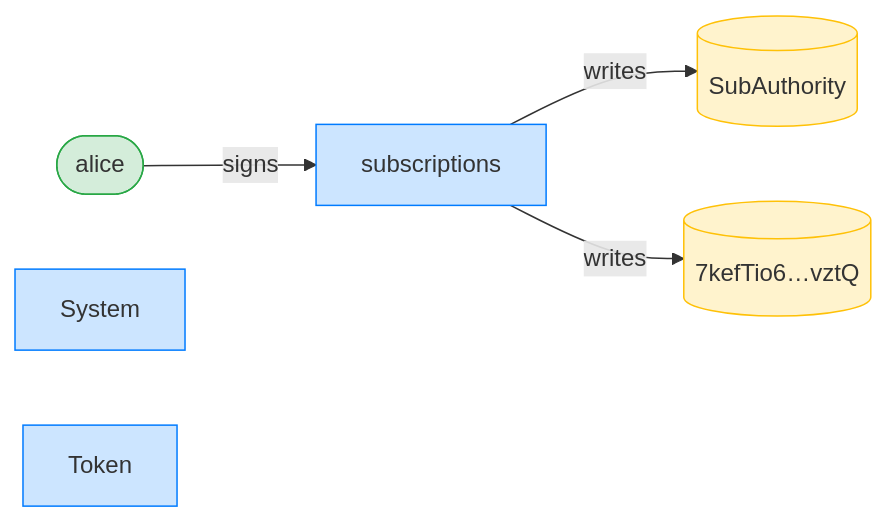
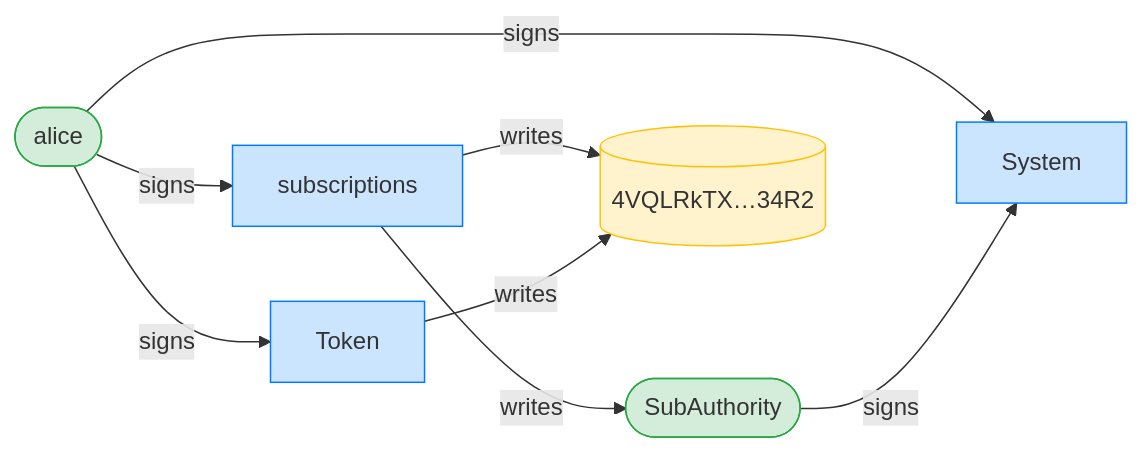
One commit to cds-rs/subscriptions changed the third of 16 diagrams in dsl_tests/payer-recovers-a-no-expiry-recurring-delegation-after-the-authority-is-closed.md. Above: the diagram before and after it, drawn with Mermaid. The commit also changed other lines of this file and 224 other files, not shown here.

````diff
--- a/dsl_tests/payer-recovers-a-no-expiry-recurring-delegation-after-the-authority-is-closed.md
+++ b/dsl_tests/payer-recovers-a-no-expiry-recurring-delegation-after-the-authority-is-closed.md
@@ -53,15 +54,19 @@
 ```mermaid
 flowchart LR
     classDef signer fill:#d4edda,stroke:#28a745;
     classDef program fill:#cce5ff,stroke:#007bff;
     classDef writable fill:#fff3cd,stroke:#ffc107;
     subscriptions[subscriptions]:::program
     alice([alice]):::signer
-    SubAuthority[(SubAuthority)]:::writable
-    7kefTio6_vztQ[("7kefTio6…vztQ")]:::writable
+    SubAuthority([SubAuthority]):::signer
+    4VQLRkTX_34R2[("4VQLRkTX…34R2")]:::writable
     System[System]:::program
     Token[Token]:::program
     alice -->|signs| subscriptions
+    alice -->|signs| System
+    SubAuthority -->|signs| System
+    alice -->|signs| Token
     subscriptions -->|writes| SubAuthority
-    subscriptions -->|writes| 7kefTio6_vztQ
+    subscriptions -->|writes| 4VQLRkTX_34R2
+    Token -->|writes| 4VQLRkTX_34R2
 ```
````
